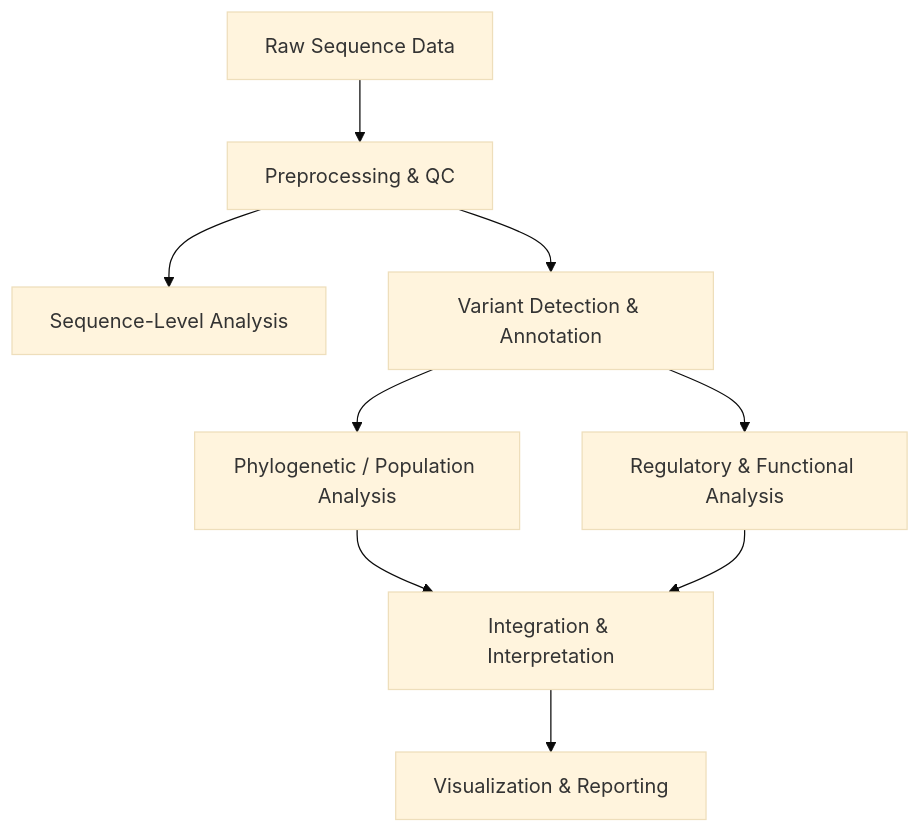
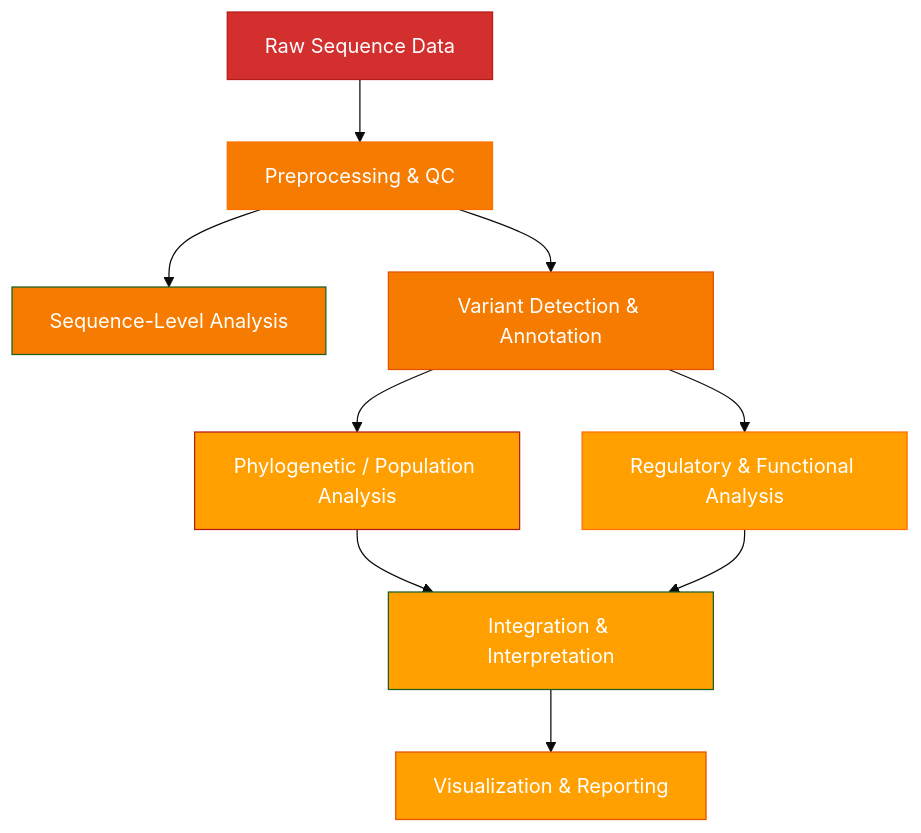
Before and after one commit to Aridoge13/Computational_Biology: the diagram in README.md, drawn with Mermaid (base theme).

````diff
--- a/README.md
+++ b/README.md
@@ -63,11 +63,20 @@
 ```mermaid
 graph TD
   A[Raw Sequence Data] --> B[Preprocessing & QC]
   B --> C[Sequence-Level Analysis]
   B --> D[Variant Detection & Annotation]
   D --> E[Phylogenetic / Population Analysis]
   D --> F[Regulatory & Functional Analysis]
   E --> G[Integration & Interpretation]
   F --> G
   G --> H[Visualization & Reporting]
+%% Color definitions
+  style A fill:#d32f2f,stroke:#b71c1c,color:#ffffff
+  style B fill:#f57c00,stroke:#ff6f00,color:#ffffff
+  style C fill:#f57c00,stroke:#1b5e20,color:#ffffff
+  style D fill:#f57c00,stroke:#e65100,color:#ffffff
+  style E fill:#ffa000,stroke:#b71c1c,color:#ffffff
+  style F fill:#ffa000,stroke:#ff6f00,color:#ffffff
+  style G fill:#ffa000,stroke:#1b5e20,color:#ffffff
+  style H fill:#ffa000,stroke:#e65100,color:#ffffff
 ```
````
